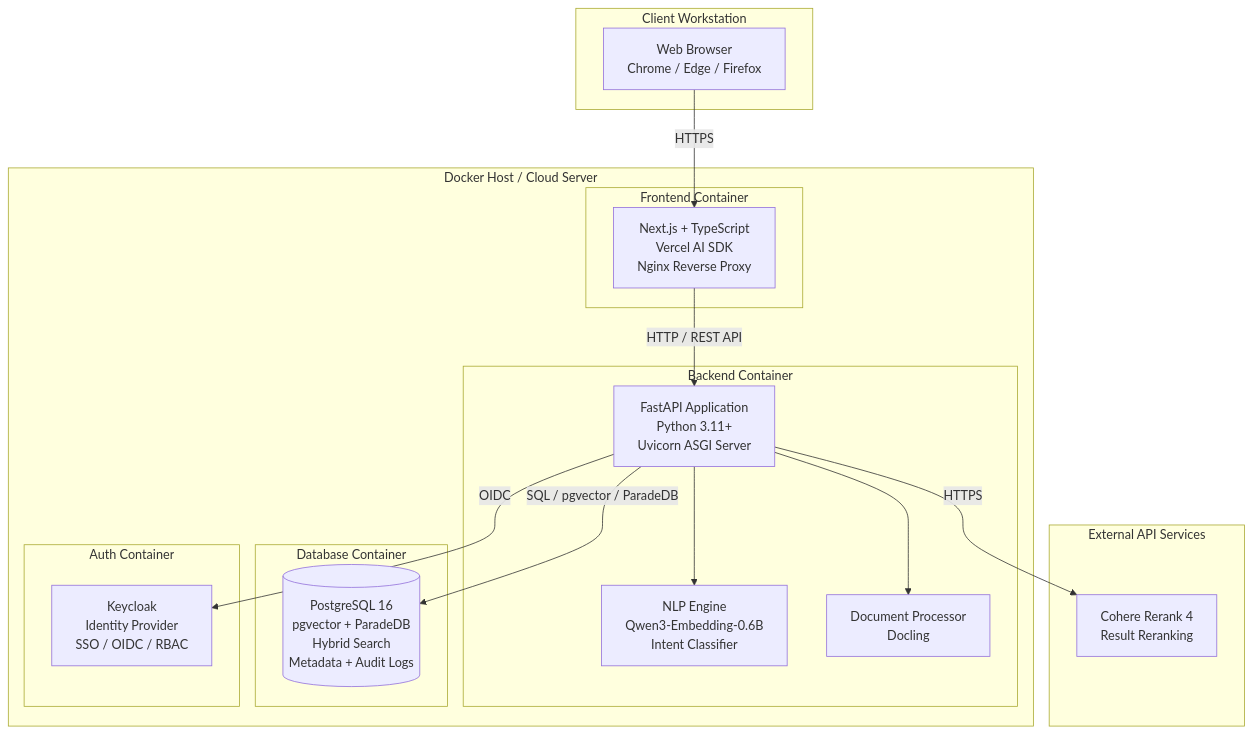
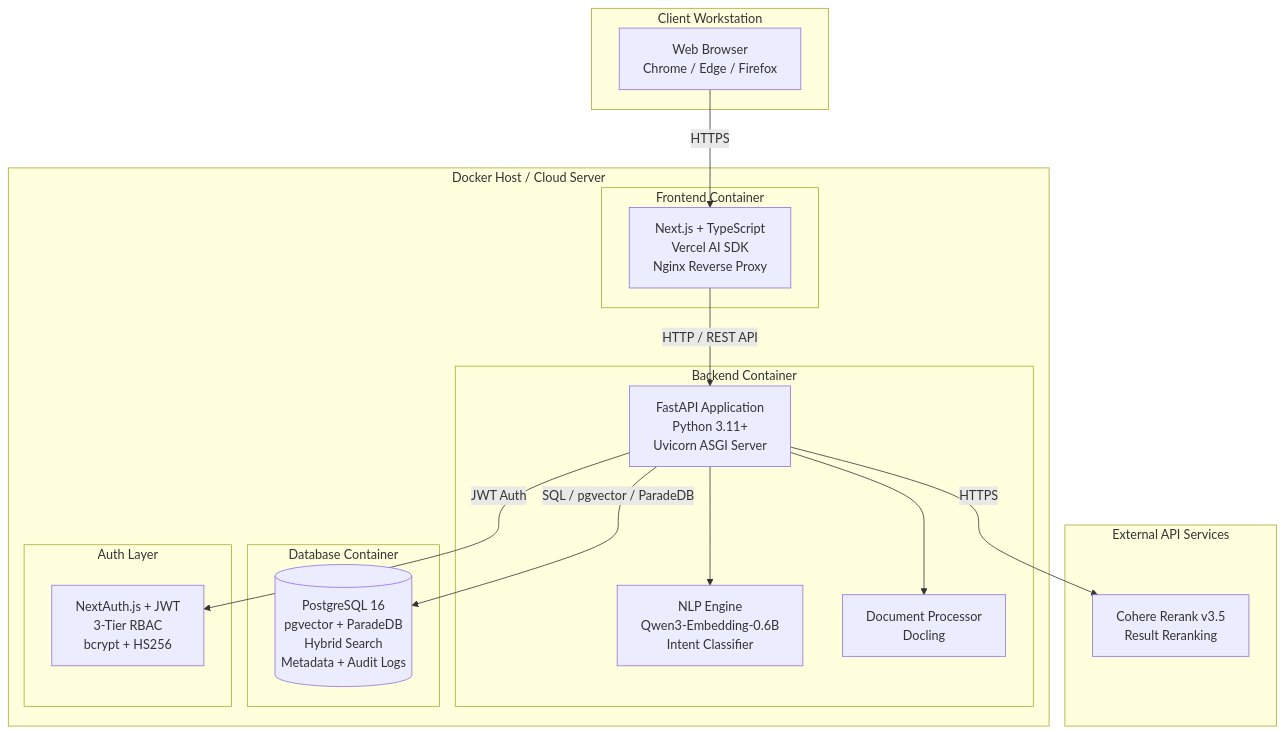
Before and after one commit to FlyM1ss/capstone-project: the diagram in software-engineering/diagrams/deployment.mmd, drawn with Mermaid. The commit also changed 8 other files, not shown here.

Commit message:
diagram update

```diff
--- a/software-engineering/diagrams/deployment.mmd
+++ b/software-engineering/diagrams/deployment.mmd
@@ -1,36 +1,36 @@
 graph TB
     subgraph Client Workstation
         Browser[Web Browser<br/>Chrome / Edge / Firefox]
     end
 
     subgraph Docker Host / Cloud Server
         subgraph Frontend Container
             NextApp[Next.js + TypeScript<br/>Vercel AI SDK<br/>Nginx Reverse Proxy]
         end
 
         subgraph Backend Container
             FastAPI[FastAPI Application<br/>Python 3.11+<br/>Uvicorn ASGI Server]
             NLP[NLP Engine<br/>Qwen3-Embedding-0.6B<br/>Intent Classifier]
             DocProc[Document Processor<br/>Docling]
         end
 
         subgraph Database Container
             PG[(PostgreSQL 16<br/>pgvector + ParadeDB<br/>Hybrid Search<br/>Metadata + Audit Logs)]
         end
 
-        subgraph Auth Container
-            Keycloak[Keycloak<br/>Identity Provider<br/>SSO / OIDC / RBAC]
+        subgraph Auth Layer
+            NextAuth[NextAuth.js + JWT<br/>3-Tier RBAC<br/>bcrypt + HS256]
         end
     end
 
     subgraph External API Services
-        CohereRerank[Cohere Rerank 4<br/>Result Reranking]
+        CohereRerank[Cohere Rerank v3.5<br/>Result Reranking]
     end
 
     Browser -->|HTTPS| NextApp
     NextApp -->|HTTP / REST API| FastAPI
     FastAPI -->|SQL / pgvector / ParadeDB| PG
     FastAPI -->|HTTPS| CohereRerank
     FastAPI --> NLP
     FastAPI --> DocProc
-    FastAPI -->|OIDC| Keycloak
+    FastAPI -->|JWT Auth| NextAuth
```
